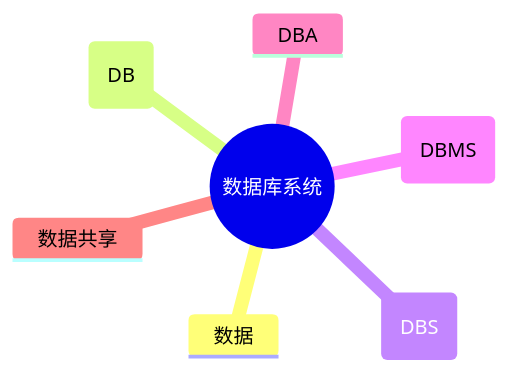
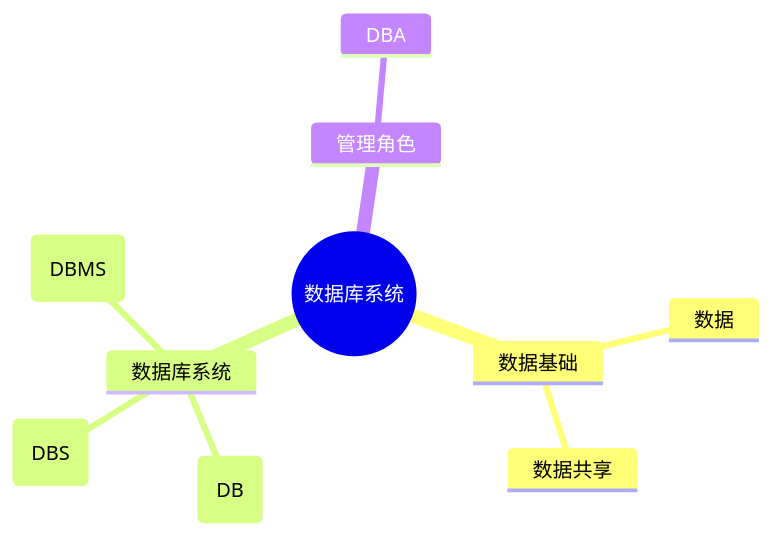
Before and after one commit to skylonely/sgao-website: the first of 2 diagrams in docs/ruankao/system-architect/chapters/chapter-03/02-database-overview.md, drawn with Mermaid. The commit also changed other lines of this file and 39 other files, not shown here.

Commit message:
fix: Mermaid 思维导图

````diff
--- a/docs/ruankao/system-architect/chapters/chapter-03/02-database-overview.md
+++ b/docs/ruankao/system-architect/chapters/chapter-03/02-database-overview.md
@@ -33,10 +33,13 @@
 ```mermaid
 mindmap
   root((数据库系统))
-    数据
-    数据库(DB)
-    数据库系统(DBS)
-    数据库管理系统(DBMS)
-    DBA
-    数据共享
+    数据基础
+      数据
+      数据共享
+    数据库系统
+      数据库(DB)
+      数据库系统(DBS)
+      数据库管理系统(DBMS)
+    管理角色
+      DBA
 ```
````
